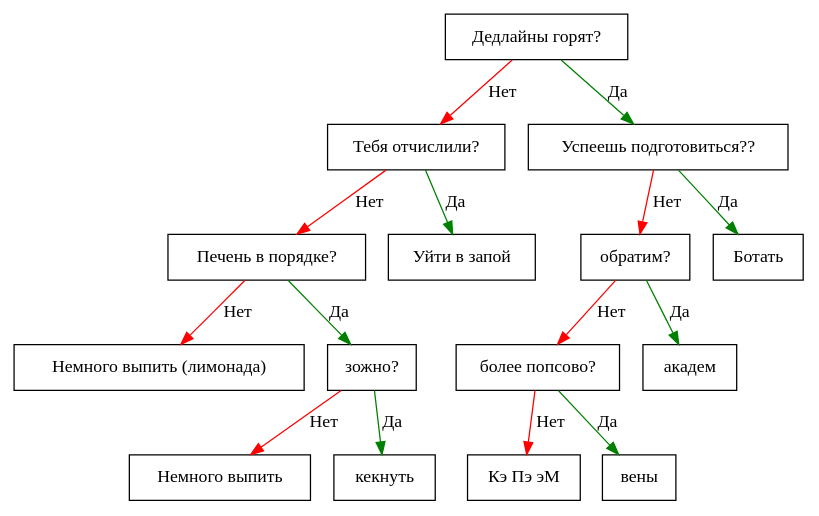
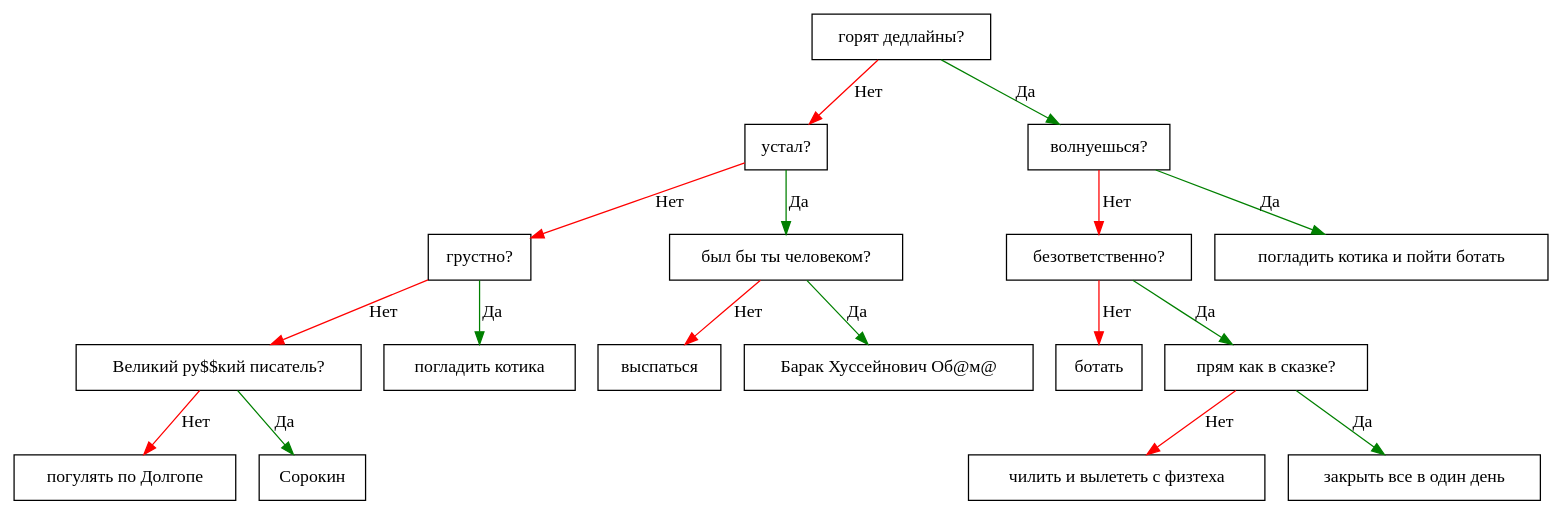
The diagram in cmake-build-debug/dt.dot (AlgebraicWolf/Akinator), drawn with Graphviz before and after one commit. The commit also changed 7 other files, not shown here.

```diff
--- a/cmake-build-debug/dt.dot
+++ b/cmake-build-debug/dt.dot
@@ -1,31 +1,35 @@
 digraph {
-node0x5591fbe02ec0 [label="Дедлайны горят?", shape=box];
-node0x5591fbe02ef0 [label="Тебя отчислили?", shape=box];
-node0x5591fbe03040 [label="Успеешь подготовиться??", shape=box];
-node0x5591fbe02ec0 -> node0x5591fbe02ef0 [color="red", label="Нет"];
-node0x5591fbe02ec0 -> node0x5591fbe03040 [color="green", label="Да"];
-node0x5591fbe03070 [label="обратим?", shape=box];
-node0x5591fbe03160 [label="Ботать ", shape=box];
-node0x5591fbe03040 -> node0x5591fbe03070 [color="red", label="Нет"];
-node0x5591fbe03040 -> node0x5591fbe03160 [color="green", label="Да"];
-node0x5591fbe030a0 [label="более попсово?", shape=box];
-node0x5591fbe03130 [label="академ ", shape=box];
-node0x5591fbe03070 -> node0x5591fbe030a0 [color="red", label="Нет"];
-node0x5591fbe03070 -> node0x5591fbe03130 [color="green", label="Да"];
-node0x5591fbe030d0 [label="Кэ Пэ эМ ", shape=box];
-node0x5591fbe03100 [label="вены ", shape=box];
-node0x5591fbe030a0 -> node0x5591fbe030d0 [color="red", label="Нет"];
-node0x5591fbe030a0 -> node0x5591fbe03100 [color="green", label="Да"];
-node0x5591fbe02f20 [label="Печень в порядке?", shape=box];
-node0x5591fbe03010 [label="Уйти в запой ", shape=box];
-node0x5591fbe02ef0 -> node0x5591fbe02f20 [color="red", label="Нет"];
-node0x5591fbe02ef0 -> node0x5591fbe03010 [color="green", label="Да"];
-node0x5591fbe02f50 [label="Немного выпить (лимонада) ", shape=box];
-node0x5591fbe02f80 [label="зожно?", shape=box];
-node0x5591fbe02f20 -> node0x5591fbe02f50 [color="red", label="Нет"];
-node0x5591fbe02f20 -> node0x5591fbe02f80 [color="green", label="Да"];
-node0x5591fbe02fb0 [label="Немного выпить ", shape=box];
-node0x5591fbe02fe0 [label="кекнуть ", shape=box];
-node0x5591fbe02f80 -> node0x5591fbe02fb0 [color="red", label="Нет"];
-node0x5591fbe02f80 -> node0x5591fbe02fe0 [color="green", label="Да"];
+node0x55e553d01ec0 [label="горят дедлайны?", shape=box];
+node0x55e553d01ef0 [label="устал?", shape=box];
+node0x55e553d020a0 [label="волнуешься?", shape=box];
+node0x55e553d01ec0 -> node0x55e553d01ef0 [color="red", label="Нет"];
+node0x55e553d01ec0 -> node0x55e553d020a0 [color="green", label="Да"];
+node0x55e553d020d0 [label="безответственно?", shape=box];
+node0x55e553d021c0 [label="погладить котика и пойти ботать ", shape=box];
+node0x55e553d020a0 -> node0x55e553d020d0 [color="red", label="Нет"];
+node0x55e553d020a0 -> node0x55e553d021c0 [color="green", label="Да"];
+node0x55e553d02100 [label="ботать ", shape=box];
+node0x55e553d02130 [label="прям как в сказке?", shape=box];
+node0x55e553d020d0 -> node0x55e553d02100 [color="red", label="Нет"];
+node0x55e553d020d0 -> node0x55e553d02130 [color="green", label="Да"];
+node0x55e553d02160 [label="чилить и вылететь с физтеха ", shape=box];
+node0x55e553d02190 [label="закрыть все в один день ", shape=box];
+node0x55e553d02130 -> node0x55e553d02160 [color="red", label="Нет"];
+node0x55e553d02130 -> node0x55e553d02190 [color="green", label="Да"];
+node0x55e553d01f20 [label="грустно?", shape=box];
+node0x55e553d02010 [label="был бы ты человеком?", shape=box];
+node0x55e553d01ef0 -> node0x55e553d01f20 [color="red", label="Нет"];
+node0x55e553d01ef0 -> node0x55e553d02010 [color="green", label="Да"];
+node0x55e553d02040 [label="выспаться ", shape=box];
+node0x55e553d02070 [label="Барак Хуссейнович Об@м@ ", shape=box];
+node0x55e553d02010 -> node0x55e553d02040 [color="red", label="Нет"];
+node0x55e553d02010 -> node0x55e553d02070 [color="green", label="Да"];
+node0x55e553d01f50 [label="Великий ру$$кий писатель?", shape=box];
+node0x55e553d01fe0 [label="погладить котика ", shape=box];
+node0x55e553d01f20 -> node0x55e553d01f50 [color="red", label="Нет"];
+node0x55e553d01f20 -> node0x55e553d01fe0 [color="green", label="Да"];
+node0x55e553d01f80 [label="погулять по Долгопе ", shape=box];
+node0x55e553d01fb0 [label="Сорокин ", shape=box];
+node0x55e553d01f50 -> node0x55e553d01f80 [color="red", label="Нет"];
+node0x55e553d01f50 -> node0x55e553d01fb0 [color="green", label="Да"];
 }
```
